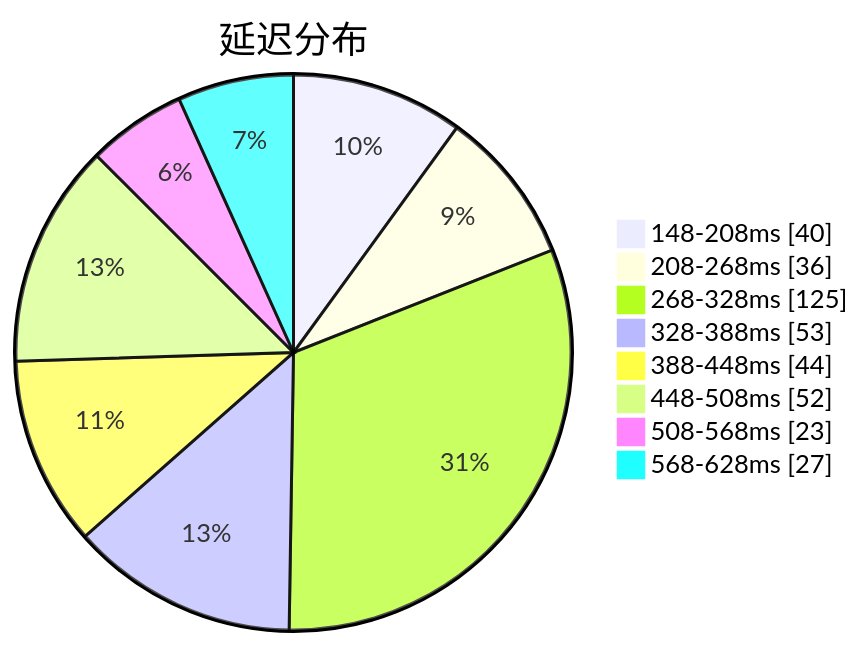
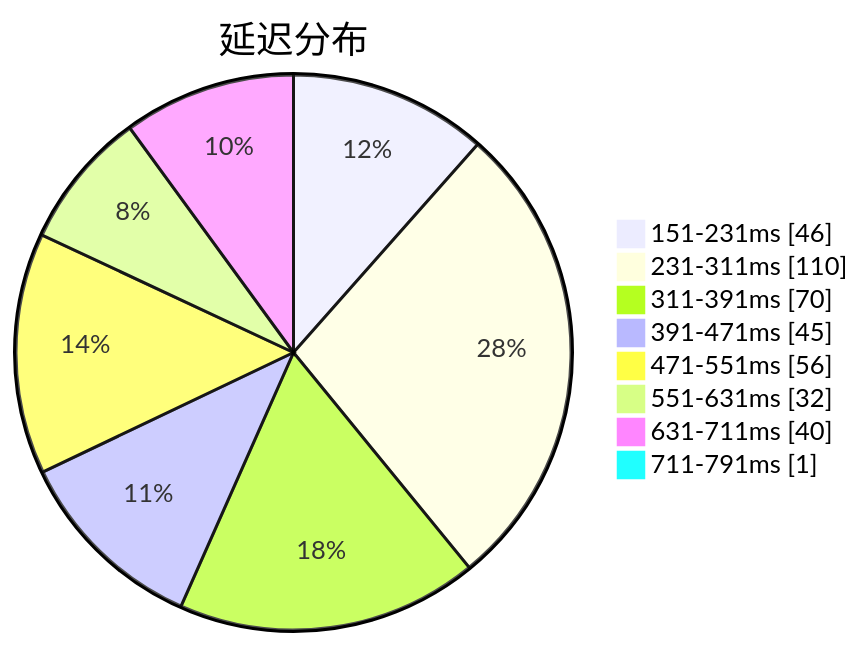
One commit to qjlxg/airport changed the first of 3 diagrams in subs/statistics/tested_within.md. Above: the diagram before and after it, drawn with Mermaid. The commit also changed other lines of this file and 2 other files, not shown here.

Commit message:
Tested by metaST

````diff
--- a/subs/statistics/tested_within.md
+++ b/subs/statistics/tested_within.md
@@ -2,12 +2,12 @@
 ```mermaid
 pie showData
 title 延迟分布
-"148-208ms" : 40
-"208-268ms" : 36
-"268-328ms" : 125
-"328-388ms" : 53
-"388-448ms" : 44
-"448-508ms" : 52
-"508-568ms" : 23
-"568-628ms" : 27
+"151-231ms" : 46
+"231-311ms" : 110
+"311-391ms" : 70
+"391-471ms" : 45
+"471-551ms" : 56
+"551-631ms" : 32
+"631-711ms" : 40
+"711-791ms" : 1
 ```
````
